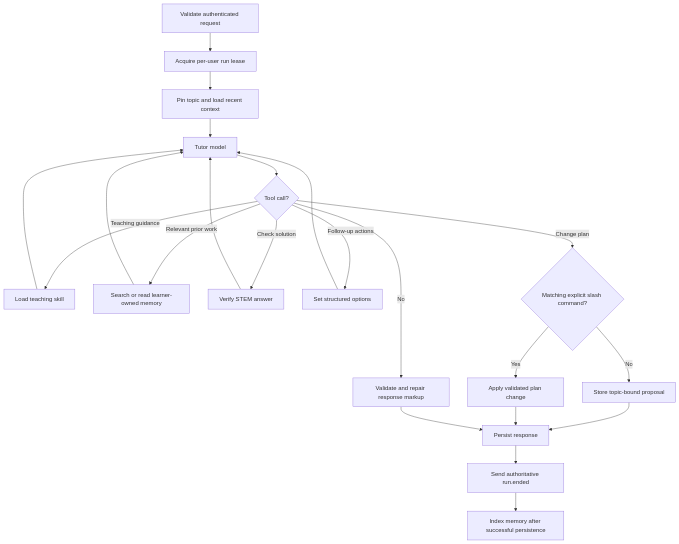
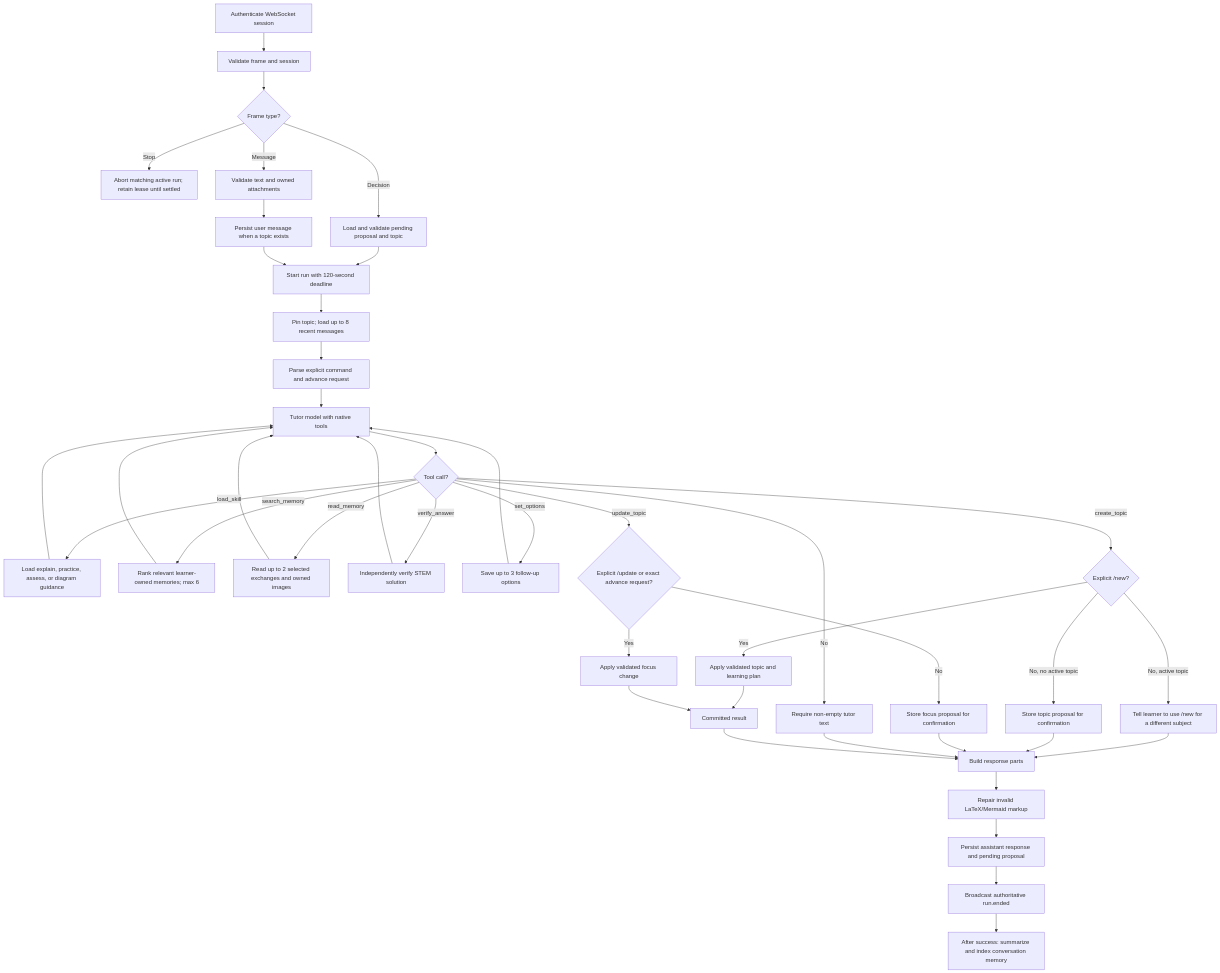
Before and after one commit to Acrylic125/edu: the diagram in backend/edu-api/docs/agent/decision-tree.md, drawn with Mermaid. The commit also changed other lines of this file, not shown here.

Commit message:
doc: update agent decision tree

````diff
--- a/backend/edu-api/docs/agent/decision-tree.md
+++ b/backend/edu-api/docs/agent/decision-tree.md
@@ -7,24 +7,45 @@
 ```mermaid
 flowchart TD
-    Request[Validate authenticated request] --> Lease[Acquire per-user run lease]
-    Lease --> Context[Pin topic and load recent context]
-    Context --> Tutor[Tutor model]
-    Tutor --> Choice{Tool call?}
-    Choice -->|No| Validate[Validate and repair response markup]
-    Choice -->|Teaching guidance| Skill[Load teaching skill]
-    Choice -->|Relevant prior work| Memory[Search or read learner-owned memory]
-    Choice -->|Check solution| Verify[Verify STEM answer]
-    Choice -->|Follow-up actions| Options[Set structured options]
+    Connect[Authenticate WebSocket session] --> Frame[Validate frame and session]
+    Frame --> Kind{Frame type?}
+    Kind -->|Stop| Abort[Abort matching active run; retain lease until settled]
+    Kind -->|Decision| Proposal[Load and validate pending proposal and topic]
+    Kind -->|Message| Input[Validate text and owned attachments]
+    Input --> PersistUser[Persist user message when a topic exists]
+    Proposal --> Execute
+    PersistUser --> Execute
+
+    Execute[Start run with 120-second deadline] --> Context[Pin topic; load up to 8 recent messages]
+    Context --> Intent[Parse explicit command and advance request]
+    Intent --> Tutor[Tutor model with native tools]
+    Tutor --> Tool{Tool call?}
+    Tool -->|No| Text[Require non-empty tutor text]
+    Tool -->|load_skill| Skill[Load explain, practice, assess, or diagram guidance]
+    Tool -->|search_memory| Search[Rank relevant learner-owned memories; max 6]
+    Tool -->|read_memory| Read[Read up to 2 selected exchanges and owned images]
+    Tool -->|verify_answer| Verify[Independently verify STEM solution]
+    Tool -->|set_options| Options[Save up to 3 follow-up options]
+    Tool -->|create_topic| Create{Explicit /new?}
+    Tool -->|update_topic| Update{Explicit /update or exact advance request?}
     Skill --> Tutor
-    Memory --> Tutor
+    Search --> Tutor
+    Read --> Tutor
     Verify --> Tutor
     Options --> Tutor
-    Choice -->|Change plan| Authorized{Matching explicit slash command?}
-    Authorized -->|Yes| Apply[Apply validated plan change]
-    Authorized -->|No| Propose[Store topic-bound proposal]
-    Propose --> Persist[Persist response]
-    Apply --> Persist
-    Validate --> Persist
-    Persist --> End[Send authoritative run.ended]
-    End --> Background[Index memory after successful persistence]
+    Create -->|Yes| ApplyCreate[Apply validated topic and learning plan]
+    Create -->|No, active topic| RejectCreate[Tell learner to use /new for a different subject]
+    Create -->|No, no active topic| ProposeCreate[Store topic proposal for confirmation]
+    Update -->|Yes| ApplyUpdate[Apply validated focus change]
+    Update -->|No| ProposeUpdate[Store focus proposal for confirmation]
+    ApplyCreate --> Committed[Committed result]
+    ApplyUpdate --> Committed
+    RejectCreate --> Finish[Build response parts]
+    ProposeCreate --> Finish
+    ProposeUpdate --> Finish
+    Text --> Finish
+    Committed --> Finish
+    Finish --> Markup[Repair invalid LaTeX/Mermaid markup]
+    Markup --> Persist[Persist assistant response and pending proposal]
+    Persist --> End[Broadcast authoritative run.ended]
+    End --> Background[After success: summarize and index conversation memory]
 ```
````
